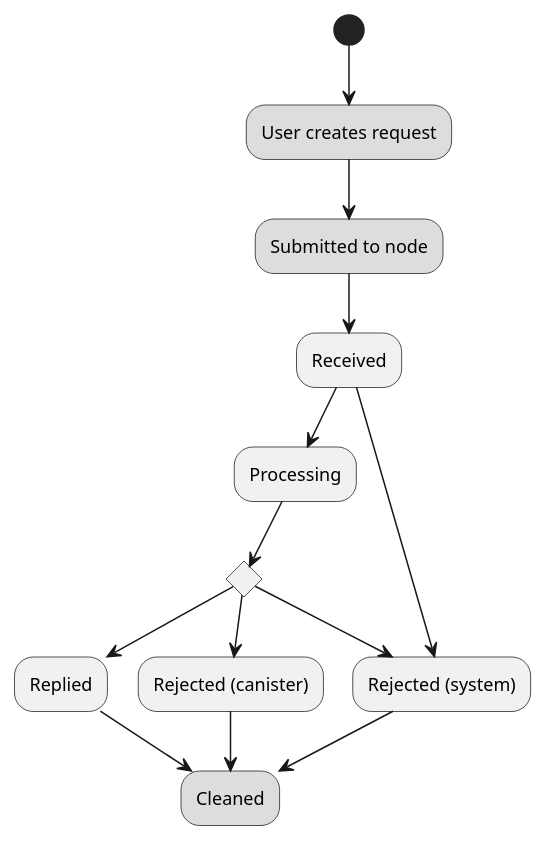
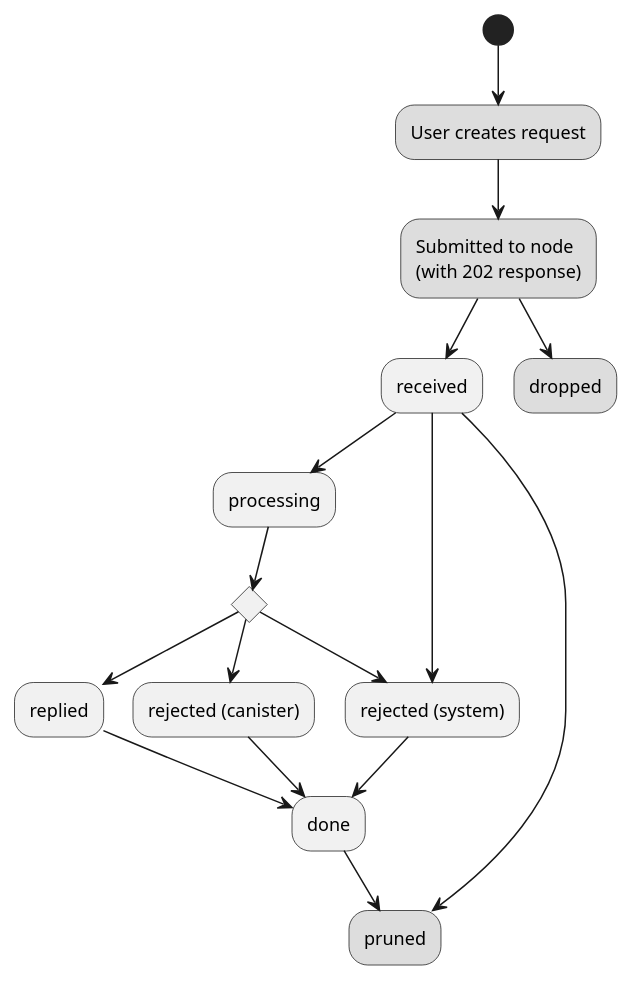
The second of 2 diagrams in spec/index.adoc (dfinity/interface-spec), drawn with PlantUML before and after one commit. The commit also changed other lines of this file and 2 other files, not shown here.

```diff
--- a/spec/index.adoc
+++ b/spec/index.adoc
@@ -200,18 +201,23 @@
 [plantuml]
 ....
 (*) --> "User creates request" #DDDDDD
-   --> "Submitted to node" #DDDDDD
-   --> "Received"
-   --> "Processing"
+   --> "Submitted to node\n(with 202 response)" as submit #DDDDDD
+   --> "received"
+   --> "processing"
 if "" as X then
-  --> "Replied"
-  --> "Cleaned" #DDDDDD
+  --> "replied"
+  --> "done"
   else
-  --> "Rejected (canister)"
-  --> "Cleaned" #DDDDDD
+  --> "rejected (canister)"
+  --> "done"
 
-  "X"        --> "Rejected (system)"
-  "Received" --> "Rejected (system)"
-             --> "Cleaned" #DDDDDD
+  "X"        --> "rejected (system)"
+  "received" --> "rejected (system)"
+             --> "done"
+
+  "received" --> "pruned" #DDDDDD
+  "submit" --> "dropped" #DDDDDD
+  "done" --> "pruned" #DDDDDD
+
 endif
 ....
```
